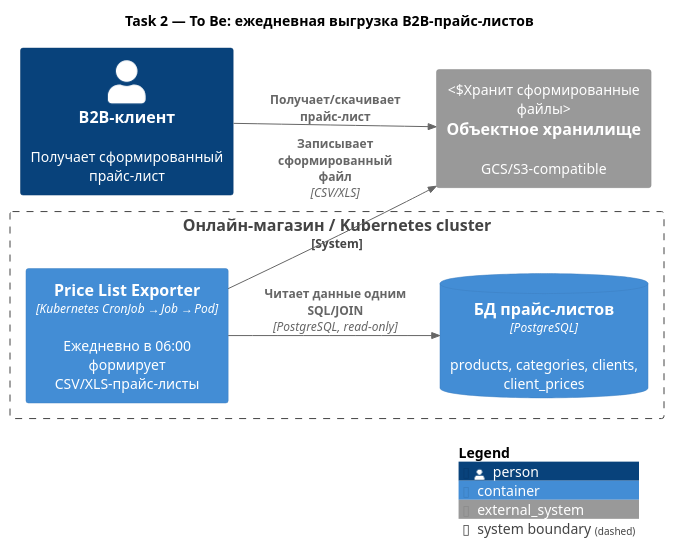
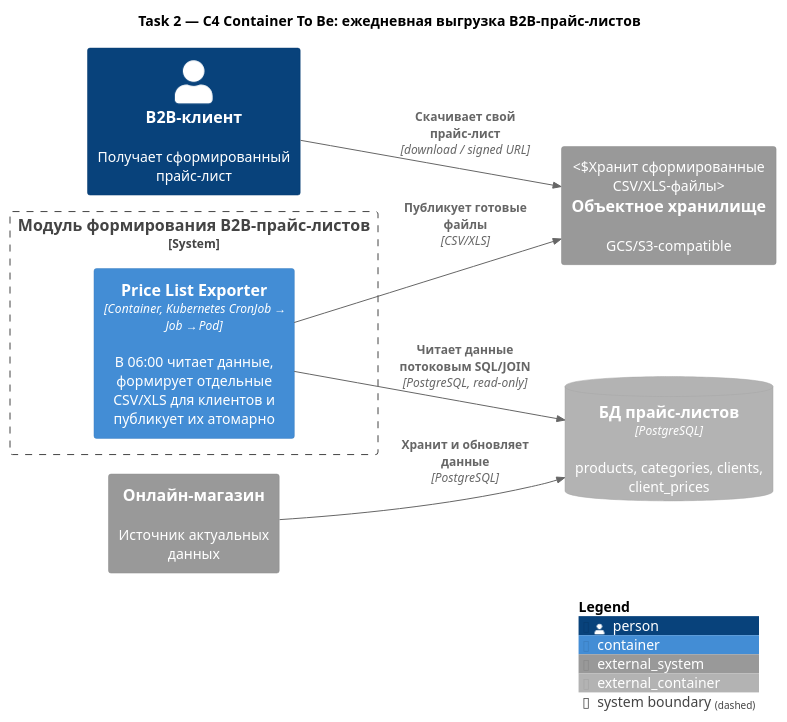
The diagram in task-2/results/c4-to-be.puml (FFinn/msa-project-5-base-v1), drawn with PlantUML before and after one commit.

Commit message:
task2: refine container-level To Be diagram

```diff
--- a/task-2/results/c4-to-be.puml
+++ b/task-2/results/c4-to-be.puml
@@ -1,22 +1,24 @@
-@startuml Task2_C4_ToBe
+@startuml Task2_C4_Container_ToBe
 !include https://raw.githubusercontent.com/plantuml-stdlib/C4-PlantUML/master/C4_Container.puml
 
 LAYOUT_LEFT_RIGHT()
 
-title Task 2 — To Be: ежедневная выгрузка B2B-прайс-листов
+title Task 2 — C4 Container To Be: ежедневная выгрузка B2B-прайс-листов
 
 Person(b2b, "B2B-клиент", "Получает сформированный прайс-лист")
 
-System_Boundary(shop, "Онлайн-магазин / Kubernetes cluster") {
-    ContainerDb(priceDb, "БД прайс-листов", "PostgreSQL", "products, categories, clients, client_prices")
-    Container(exporter, "Price List Exporter", "Kubernetes CronJob → Job → Pod", "Ежедневно в 06:00 формирует CSV/XLS-прайс-листы")
+System_Ext(shop, "Онлайн-магазин", "Источник актуальных данных")
+ContainerDb_Ext(priceDb, "БД прайс-листов", "PostgreSQL", "products, categories, clients, client_prices")
+System_Ext(objectStorage, "Объектное хранилище", "GCS/S3-compatible", "Хранит сформированные CSV/XLS-файлы")
+
+System_Boundary(priceListSystem, "Модуль формирования B2B-прайс-листов") {
+    Container(exporter, "Price List Exporter", "Container, Kubernetes CronJob → Job → Pod", "В 06:00 читает данные, формирует отдельные CSV/XLS для клиентов и публикует их атомарно")
 }
 
-System_Ext(objectStorage, "Объектное хранилище", "GCS/S3-compatible", "Хранит сформированные файлы")
-
-Rel(exporter, priceDb, "Читает данные одним SQL/JOIN", "PostgreSQL, read-only")
-Rel(exporter, objectStorage, "Записывает сформированный файл", "CSV/XLS")
-Rel(b2b, objectStorage, "Получает/скачивает прайс-лист")
+Rel(shop, priceDb, "Хранит и обновляет данные", "PostgreSQL")
+Rel(exporter, priceDb, "Читает данные потоковым SQL/JOIN", "PostgreSQL, read-only")
+Rel(exporter, objectStorage, "Публикует готовые файлы", "CSV/XLS")
+Rel(b2b, objectStorage, "Скачивает свой прайс-лист", "download / signed URL")
 
 SHOW_LEGEND()
 @enduml
```
